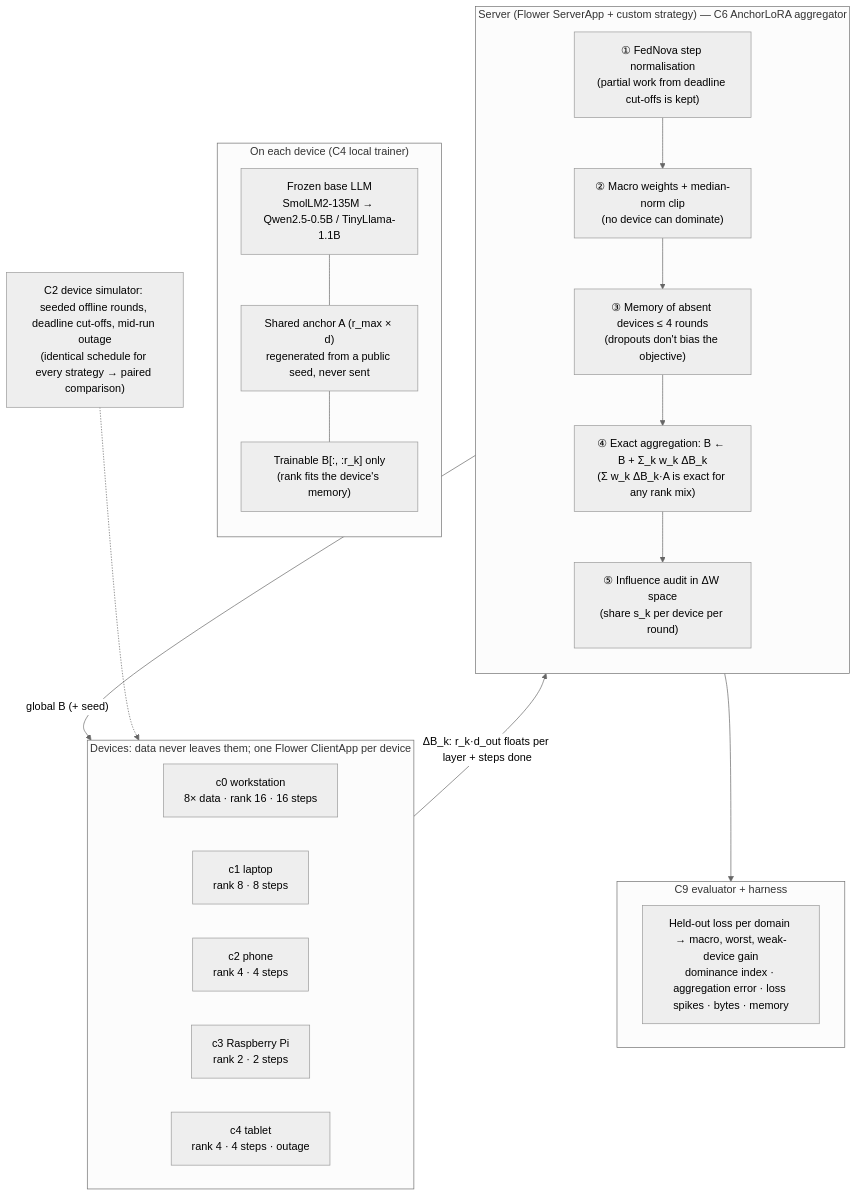
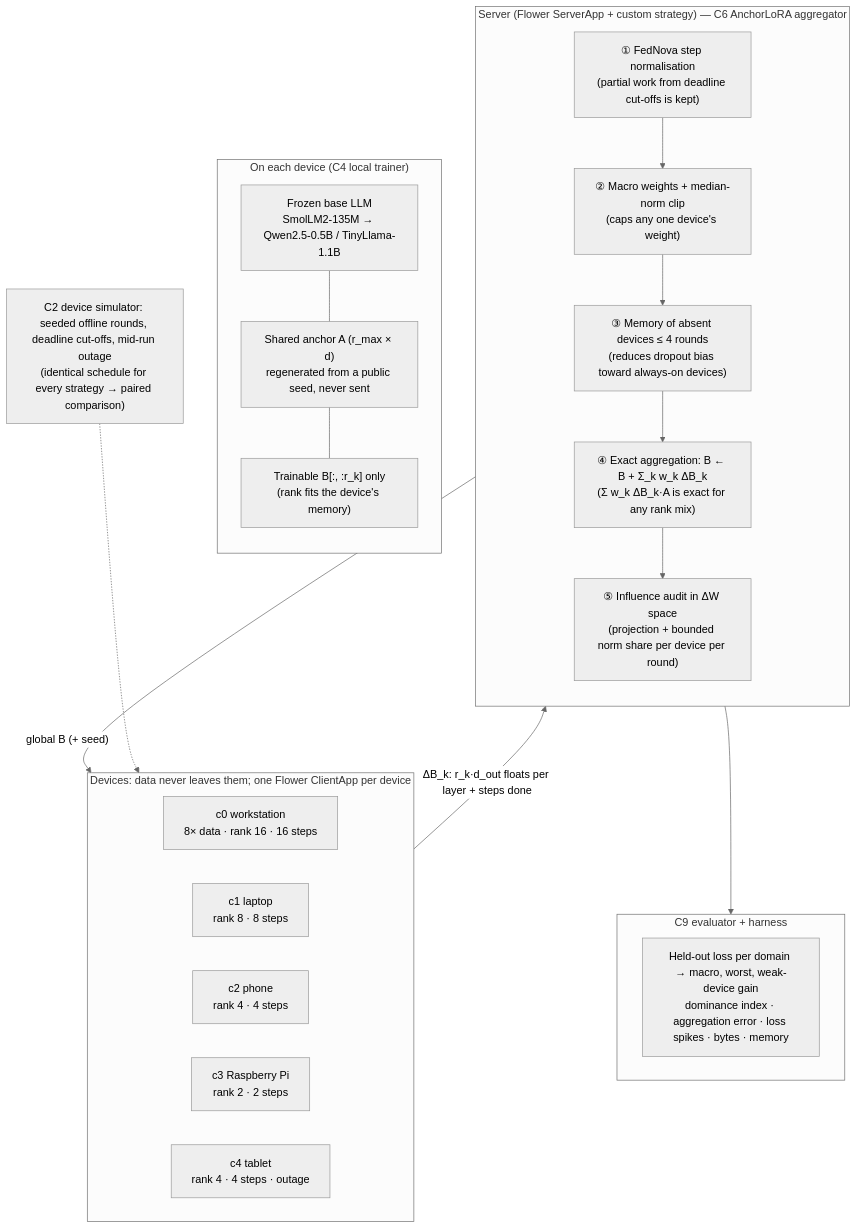
Before and after one commit to imdigitalashish/techfest-2026: the diagram in perceptron-p01-federated-lora/deliverables/architecture.md, drawn with Mermaid (neutral theme). The commit also changed other lines of this file and 5 other files, not shown here.

Commit message:
perceptron-p01-federated-lora: render + number-check scripts, diagram claims softened, components table, thought node (resume state)

````diff
--- a/perceptron-p01-federated-lora/deliverables/architecture.md
+++ b/perceptron-p01-federated-lora/deliverables/architecture.md
@@ -1,34 +1,34 @@
 ```mermaid
 flowchart TB
   subgraph Devices["Devices: data never leaves them; one Flower ClientApp per device"]
     direction LR
     D0["c0 workstation<br/>8× data · rank 16 · 16 steps"]
     D1["c1 laptop<br/>rank 8 · 8 steps"]
     D2["c2 phone<br/>rank 4 · 4 steps"]
     D3["c3 Raspberry Pi<br/>rank 2 · 2 steps"]
     D4["c4 tablet<br/>rank 4 · 4 steps · outage"]
   end
   subgraph Local["On each device (C4 local trainer)"]
     direction TB
     M["Frozen base LLM<br/>SmolLM2-135M → Qwen2.5-0.5B / TinyLlama-1.1B"]
     A["Shared anchor A (r_max × d)<br/>regenerated from a public seed, never sent"]
     B["Trainable B[:, :r_k] only<br/>(rank fits the device's memory)"]
     M --- A --- B
   end
   subgraph Server["Server (Flower ServerApp + custom strategy) — C6 AnchorLoRA aggregator"]
     direction TB
     N["① FedNova step normalisation<br/>(partial work from deadline cut-offs is kept)"]
-    W["② Macro weights + median-norm clip<br/>(no device can dominate)"]
-    MEM["③ Memory of absent devices ≤ 4 rounds<br/>(dropouts don't bias the objective)"]
+    W["② Macro weights + median-norm clip<br/>(caps any one device's weight)"]
+    MEM["③ Memory of absent devices ≤ 4 rounds<br/>(reduces dropout bias toward always-on devices)"]
     AGG["④ Exact aggregation: B ← B + Σ_k w_k ΔB_k<br/>(Σ w_k ΔB_k·A is exact for any rank mix)"]
-    AUD["⑤ Influence audit in ΔW space<br/>(share s_k per device per round)"]
+    AUD["⑤ Influence audit in ΔW space<br/>(projection + bounded norm share per device per round)"]
     N --> W --> MEM --> AGG --> AUD
   end
   Devices -->|"ΔB_k: r_k·d_out floats per layer + steps done"| Server
   Server -->|"global B (+ seed)"| Devices
   subgraph Eval["C9 evaluator + harness"]
     E["Held-out loss per domain → macro, worst, weak-device gain<br/>dominance index · aggregation error · loss spikes · bytes · memory"]
   end
   Server --> Eval
   SIM["C2 device simulator: seeded offline rounds, deadline cut-offs, mid-run outage<br/>(identical schedule for every strategy → paired comparison)"] -.-> Devices
 ```
````
